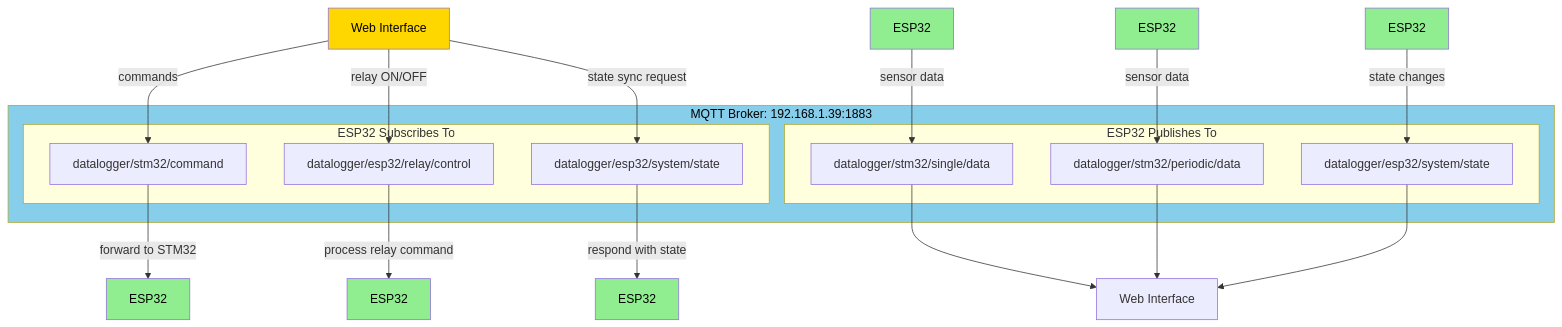
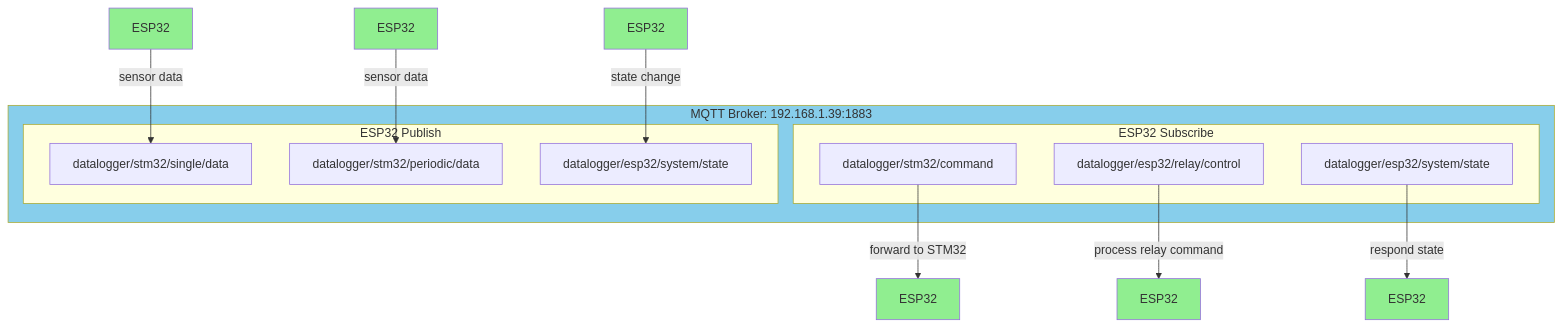
One commit to meeTeam05/datalogger changed the fifth of 9 diagrams in documents/esp32/UML_CLASS_DIAGRAM_ESP32.md. Above: the diagram before and after it, drawn with Mermaid. The commit also changed other lines of this file, not shown here.

Commit message:
fix(docs): update UML class diagrams for clarity and consistency in UML_CLASS_DIAGRAM_ESP32.md

````diff
--- a/documents/esp32/UML_CLASS_DIAGRAM_ESP32.md
+++ b/documents/esp32/UML_CLASS_DIAGRAM_ESP32.md
@@ -381,41 +376,32 @@
 ```mermaid
 graph TB
-    subgraph MQTT_Broker[MQTT Broker: 192.168.1.39:1883]
-        subgraph Subscribe[ESP32 Subscribes To]
+    subgraph MQTT_Broker["MQTT Broker: 192.168.1.39:1883"]
+        subgraph Subscribe["ESP32 Subscribe"]
             T1[datalogger/stm32/command]
             T2[datalogger/esp32/relay/control]
             T3[datalogger/esp32/system/state]
         end
 
-        subgraph Publish[ESP32 Publishes To]
+        subgraph Publish["ESP32 Publish"]
             T4[datalogger/stm32/single/data]
             T5[datalogger/stm32/periodic/data]
             T6[datalogger/esp32/system/state]
         end
     end
 
-    Web[Web Interface] -->|commands| T1
-    Web -->|relay ON/OFF| T2
-    Web -->|state sync request| T3
-
     T1 -->|forward to STM32| ESP32_1[ESP32]
     T2 -->|process relay command| ESP32_2[ESP32]
-    T3 -->|respond with state| ESP32_3[ESP32]
+    T3 -->|respond state| ESP32_3[ESP32]
 
     ESP32_4[ESP32] -->|sensor data| T4
     ESP32_5[ESP32] -->|sensor data| T5
-    ESP32_6[ESP32] -->|state changes| T6
+    ESP32_6[ESP32] -->|state change| T6
 
-    T4 --> Web2[Web Interface]
-    T5 --> Web2
-    T6 --> Web2
-
-    style MQTT_Broker fill:#87CEEB, color:#000000
-    style Web fill:#FFD700, color:#000000
-    style ESP32_1 fill:#90EE90, color:#000000
-    style ESP32_2 fill:#90EE90, color:#000000
-    style ESP32_3 fill:#90EE90, color:#000000
-    style ESP32_4 fill:#90EE90, color:#000000
-    style ESP32_5 fill:#90EE90, color:#000000
-    style ESP32_6 fill:#90EE90, color:#000000
+    style MQTT_Broker fill:#87CEEB
+    style ESP32_1 fill:#90EE90
+    style ESP32_2 fill:#90EE90
+    style ESP32_3 fill:#90EE90
+    style ESP32_4 fill:#90EE90
+    style ESP32_5 fill:#90EE90
+    style ESP32_6 fill:#90EE90
 ```
````
